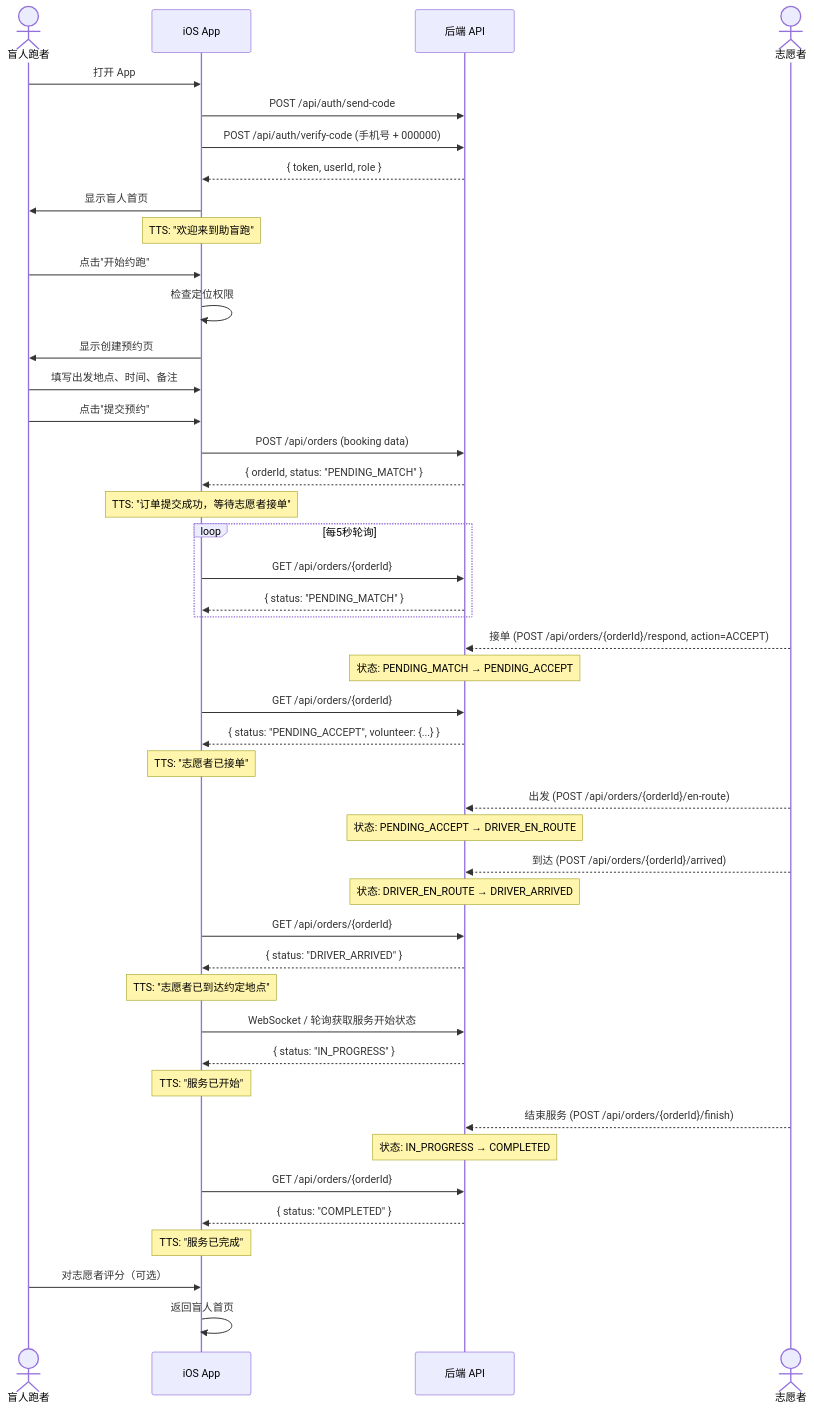
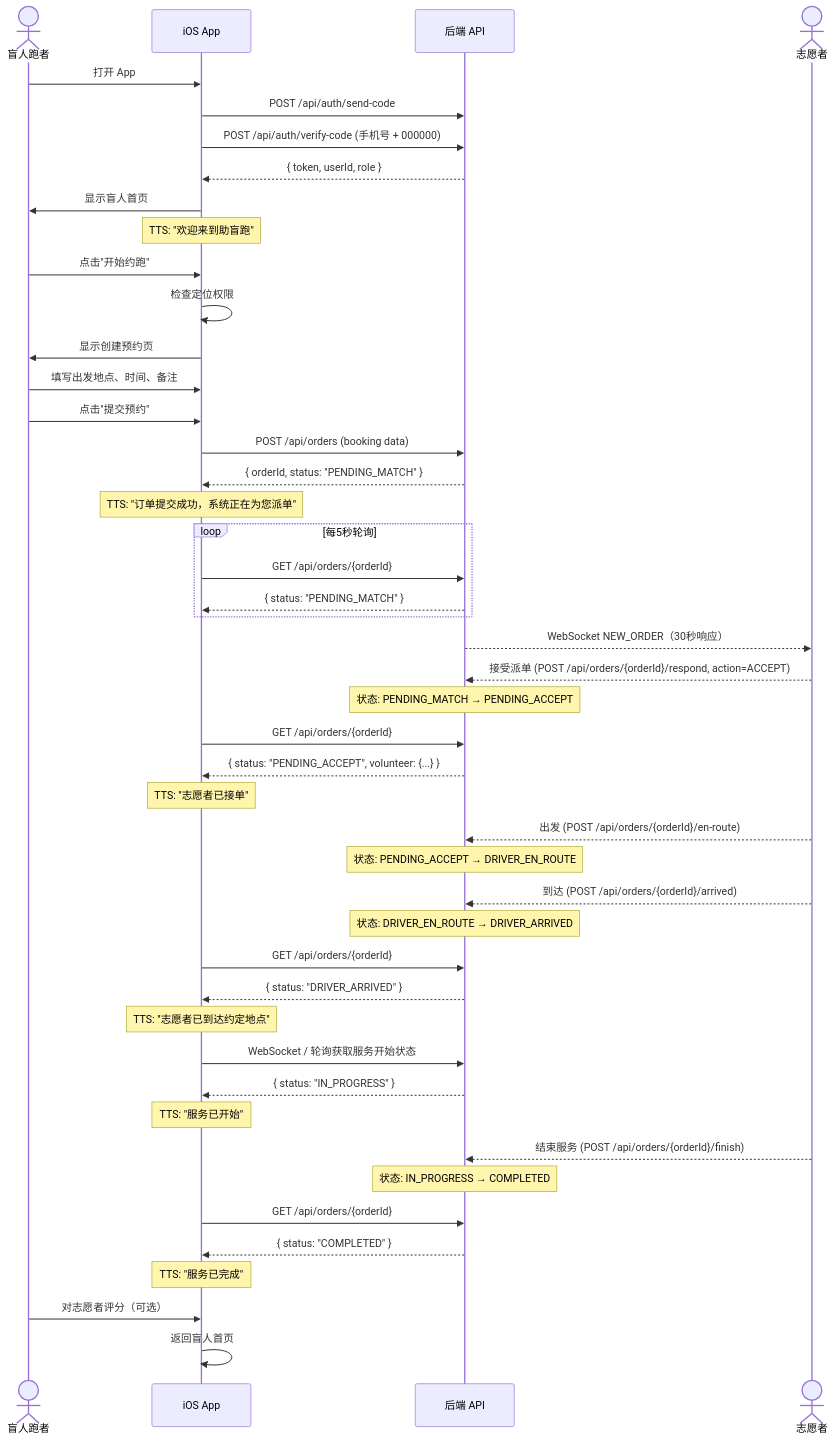
The third of 7 diagrams in docs/04-user-flows-and-state-machine.md (Jayden23018/blind-run-ios), drawn with Mermaid before and after one commit. The commit also changed other lines of this file and 30 other files, not shown here.

Commit message:
Refine iOS booking, login, and order flow handling

````diff
--- a/docs/04-user-flows-and-state-machine.md
+++ b/docs/04-user-flows-and-state-machine.md
@@ -121,60 +121,61 @@
 ```mermaid
 sequenceDiagram
     actor BR as 盲人跑者
     participant App as iOS App
     participant API as 后端 API
     actor VOL as 志愿者
 
     BR->>App: 打开 App
     App->>API: POST /api/auth/send-code
     App->>API: POST /api/auth/verify-code (手机号 + 000000)
     API-->>App: { token, userId, role }
     App->>BR: 显示盲人首页
     Note over App: TTS: "欢迎来到助盲跑"
 
     BR->>App: 点击"开始约跑"
     App->>App: 检查定位权限
     App->>BR: 显示创建预约页
 
     BR->>App: 填写出发地点、时间、备注
     BR->>App: 点击"提交预约"
     App->>API: POST /api/orders (booking data)
     API-->>App: { orderId, status: "PENDING_MATCH" }
-    Note over App: TTS: "订单提交成功，等待志愿者接单"
+    Note over App: TTS: "订单提交成功，系统正在为您派单"
 
     loop 每5秒轮询
         App->>API: GET /api/orders/{orderId}
         API-->>App: { status: "PENDING_MATCH" }
     end
 
-    VOL-->>API: 接单 (POST /api/orders/{orderId}/respond, action=ACCEPT)
+    API-->>VOL: WebSocket NEW_ORDER（30秒响应）
+    VOL-->>API: 接受派单 (POST /api/orders/{orderId}/respond, action=ACCEPT)
     Note over API: 状态: PENDING_MATCH → PENDING_ACCEPT
 
     App->>API: GET /api/orders/{orderId}
     API-->>App: { status: "PENDING_ACCEPT", volunteer: {...} }
     Note over App: TTS: "志愿者已接单"
 
     VOL-->>API: 出发 (POST /api/orders/{orderId}/en-route)
     Note over API: 状态: PENDING_ACCEPT → DRIVER_EN_ROUTE
 
     VOL-->>API: 到达 (POST /api/orders/{orderId}/arrived)
     Note over API: 状态: DRIVER_EN_ROUTE → DRIVER_ARRIVED
 
     App->>API: GET /api/orders/{orderId}
     API-->>App: { status: "DRIVER_ARRIVED" }
     Note over App: TTS: "志愿者已到达约定地点"
 
     App->>API: WebSocket / 轮询获取服务开始状态
     API-->>App: { status: "IN_PROGRESS" }
     Note over App: TTS: "服务已开始"
 
     VOL-->>API: 结束服务 (POST /api/orders/{orderId}/finish)
     Note over API: 状态: IN_PROGRESS → COMPLETED
 
     App->>API: GET /api/orders/{orderId}
     API-->>App: { status: "COMPLETED" }
     Note over App: TTS: "服务已完成"
 
     BR->>App: 对志愿者评分（可选）
     App->>App: 返回盲人首页
 ```
````
